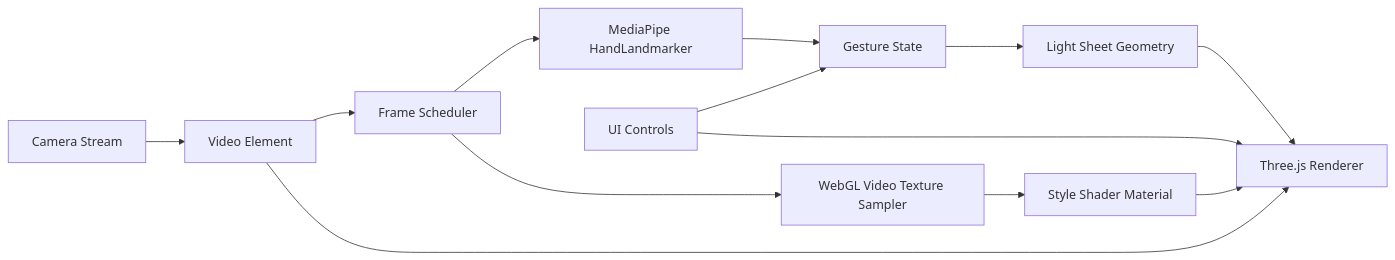
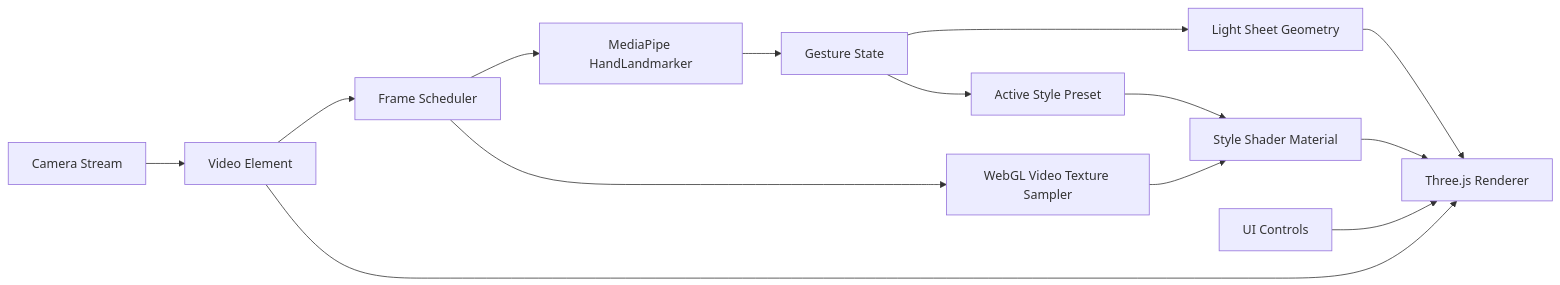
One commit to Baldman-JYH/gesture-mask-studio changed the diagram in docs/architecture/technical-architecture.zh-CN.md. Above: the diagram before and after it, drawn with Mermaid. The commit also changed other lines of this file and 19 other files, not shown here.

````diff
--- a/docs/architecture/technical-architecture.zh-CN.md
+++ b/docs/architecture/technical-architecture.zh-CN.md
@@ -52,15 +52,16 @@
 ```mermaid
 flowchart LR
   A[Camera Stream] --> B[Video Element]
   B --> C[Frame Scheduler]
   C --> D[MediaPipe HandLandmarker]
   C --> I[WebGL Video Texture Sampler]
   D --> E[Gesture State]
   E --> F[Light Sheet Geometry]
   I --> J[Style Shader Material]
   F --> G[Three.js Renderer]
   J --> G
   B --> G
-  H[UI Controls] --> E
-  H --> G
+  E --> K[Active Style Preset]
+  K --> J
+  H[UI Controls] --> G
 ```
````
